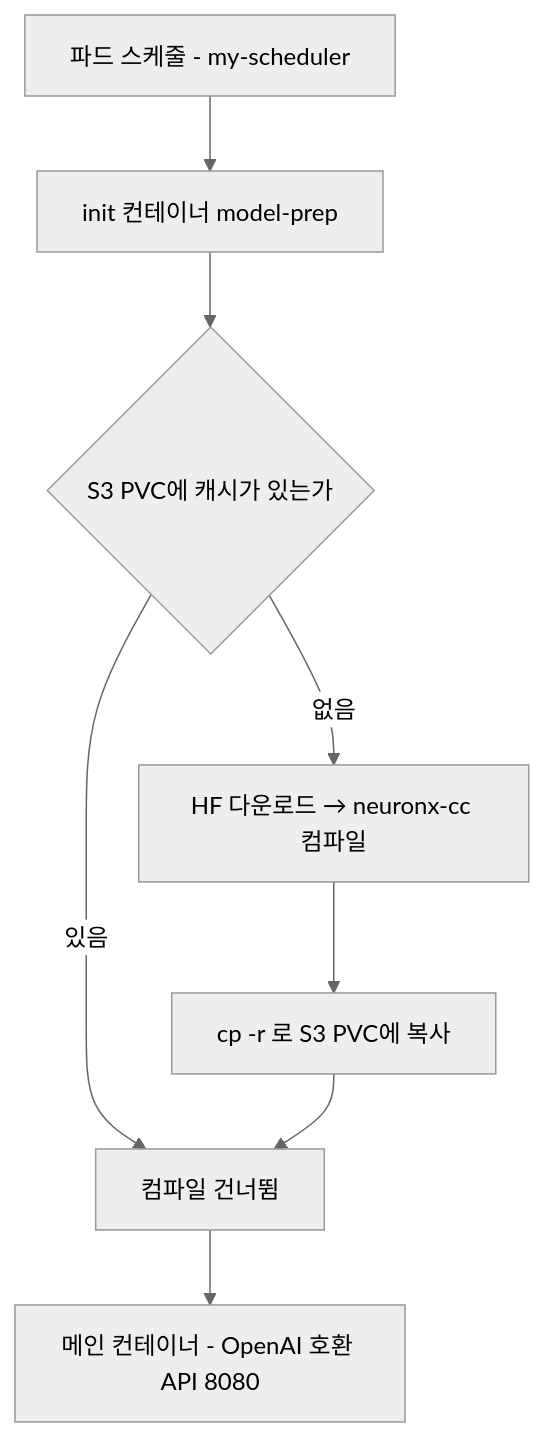
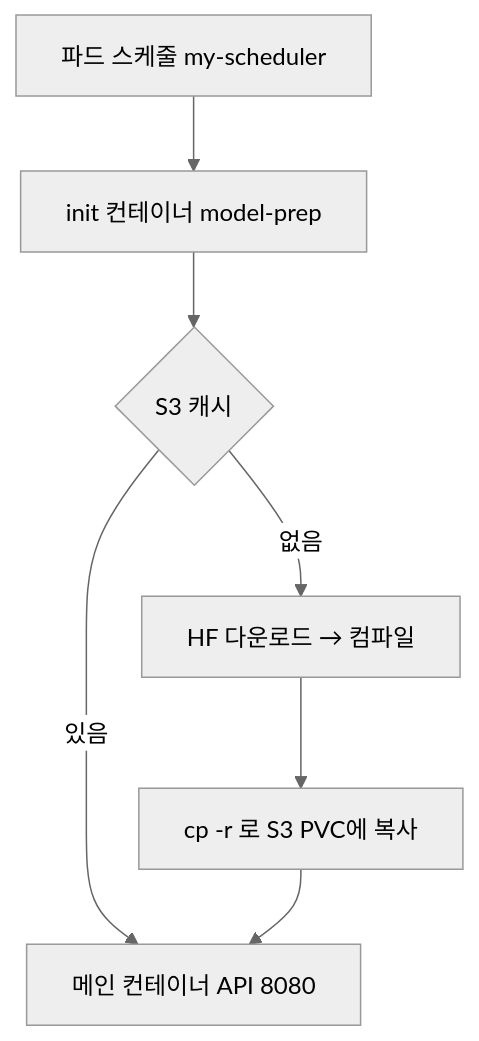
Before and after one commit to beengineer500/beengineer500.github.io: the diagram in content/posts/2026/aws-trainium-vllm-eks/index.md, drawn with Mermaid (neutral theme). The commit also changed 2 other files, not shown here.

Commit message:
fix(mermaid): 모바일에서 도식이 축소되지 않도록 수정
390px 화면에서 도식이 915px 높이로 그려지고 0.86배로 축소돼 글자가 작아졌다.
라벨이 상자 안에서 줄바꿈되고 마름모가 400px까지 커진 것이 원인이다.

- 라벨을 한 줄에 들어가게 줄이고 '컴파일 건너뜀' 노드를 제거했다.
  빠진 문구는 바로 아래 본문과 2.2절 표에 그대로 있다.
- 렌더 후 viewBox 값을 svg의 width/height 속성으로 박는다. mermaid가 남기는
  width="100%" + 인라인 max-width는 고유 크기가 없어 폭이 본문 너비와 무관하게
  잘리고, Safari가 height:auto의 비율을 복원하지 못하는 원인이 된다.

390px 기준 733px 높이에 축소율 1.0배로 확인했다. 1280px 데스크톱, 다크/라이트
토글 재렌더, 콘솔 에러 없음까지 확인했고 iOS Safari 실기기는 확인하지 못했다.

````diff
--- a/content/posts/2026/aws-trainium-vllm-eks/index.md
+++ b/content/posts/2026/aws-trainium-vllm-eks/index.md
@@ -131,10 +131,9 @@
 ```mermaid
 flowchart TD
-    A["파드 스케줄 - my-scheduler"] --> B["init 컨테이너 model-prep"]
-    B --> C{"S3 PVC에 캐시가 있는가"}
-    C -->|"있음"| G["컴파일 건너뜀"]
-    C -->|"없음"| D["HF 다운로드 → neuronx-cc 컴파일"]
+    A["파드 스케줄 my-scheduler"] --> B["init 컨테이너 model-prep"]
+    B --> C{"S3 캐시"}
+    C -->|"있음"| H["메인 컨테이너 API 8080"]
+    C -->|"없음"| D["HF 다운로드 → 컴파일"]
     D --> F["cp -r 로 S3 PVC에 복사"]
-    F --> G
-    G --> H["메인 컨테이너 - OpenAI 호환 API 8080"]
+    F --> H
 ```
````
